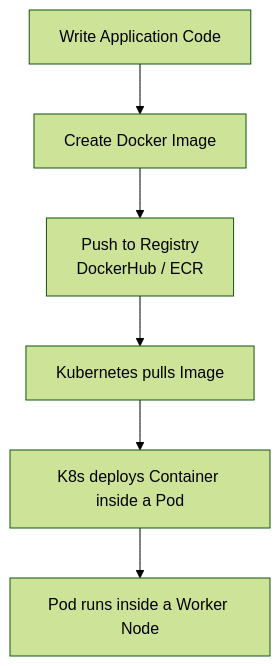
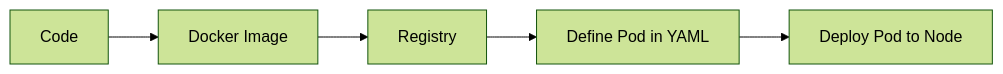
The first of 2 diagrams in sections/01-kubernetes-basics/04_Pods.md (nirajp82/KubernetesWithAmazon_EKS_Fargate_DevOps), drawn with Mermaid (forest theme) before and after one commit. The commit also changed other lines of this file, not shown here.

First line of the commit message:
Revise Kubernetes Pods chapter for clarity and detail

````diff
--- a/sections/01-kubernetes-basics/04_Pods.md
+++ b/sections/01-kubernetes-basics/04_Pods.md
@@ -64,9 +34,8 @@
 ```mermaid
-flowchart TD
-    A[Write Application Code] --> B[Create Docker Image]
-    B --> C[Push to Registry \n DockerHub / ECR]
-    C --> D[Kubernetes pulls Image]
-    D --> E[K8s deploys Container inside a Pod]
-    E --> F[Pod runs inside a Worker Node]
+flowchart LR
+    A[Code] --> B[Docker Image]
+    B --> C[Registry]
+    C --> D[Define Pod in YAML]
+    D --> E[Deploy Pod to Node]
 
 ```
````
